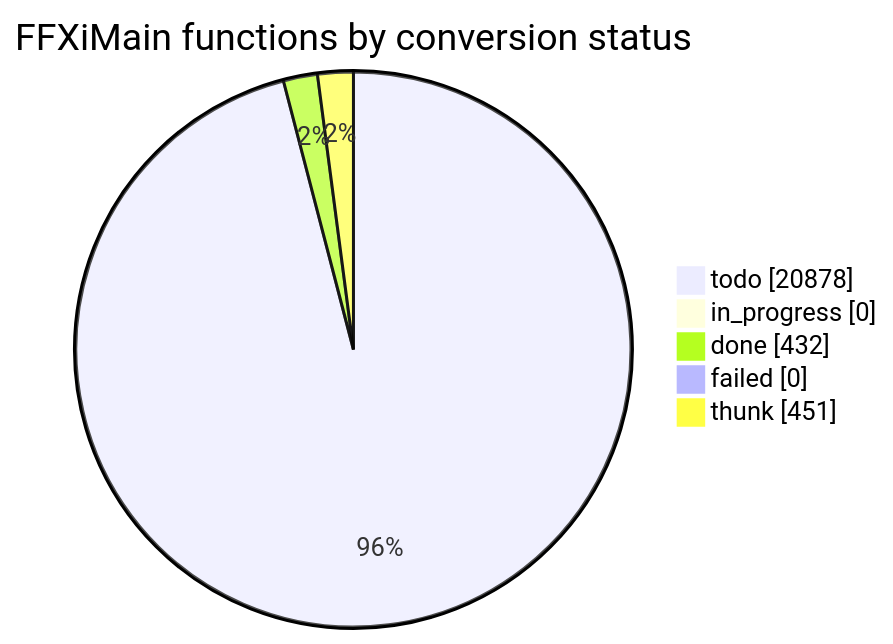
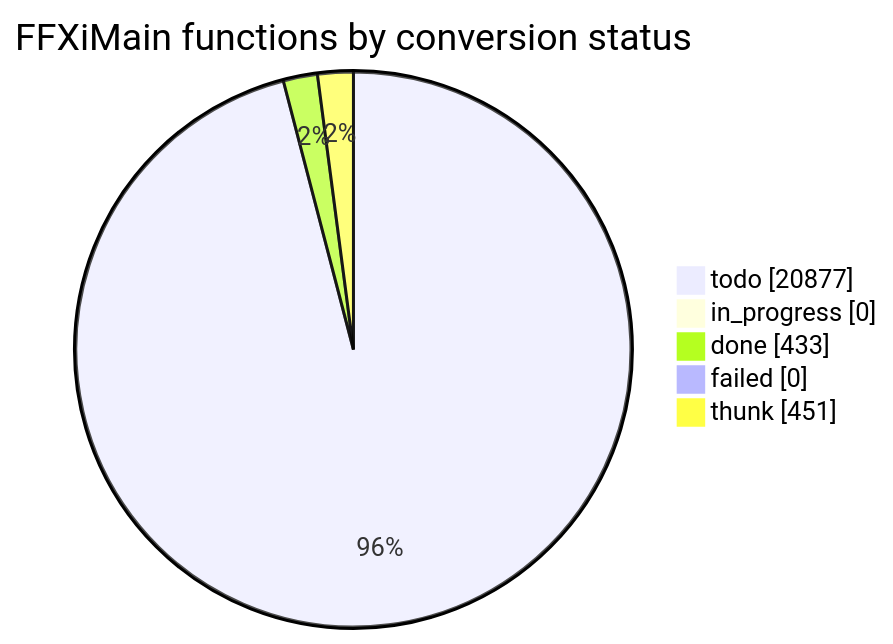
One commit to cowrevenge/cow_kuluu_xi_anything changed the diagram in docs/cow/STATUS.md. Above: the diagram before and after it, drawn with Mermaid. The commit also changed other lines of this file and 9 other files, not shown here.

````diff
--- a/docs/cow/STATUS.md
+++ b/docs/cow/STATUS.md
@@ -18,9 +18,9 @@
 ```mermaid
 pie showData
     title FFXiMain functions by conversion status
-    "todo" : 20878
+    "todo" : 20877
     "in_progress" : 0
-    "done" : 432
+    "done" : 433
     "failed" : 0
     "thunk" : 451
 ```
````
